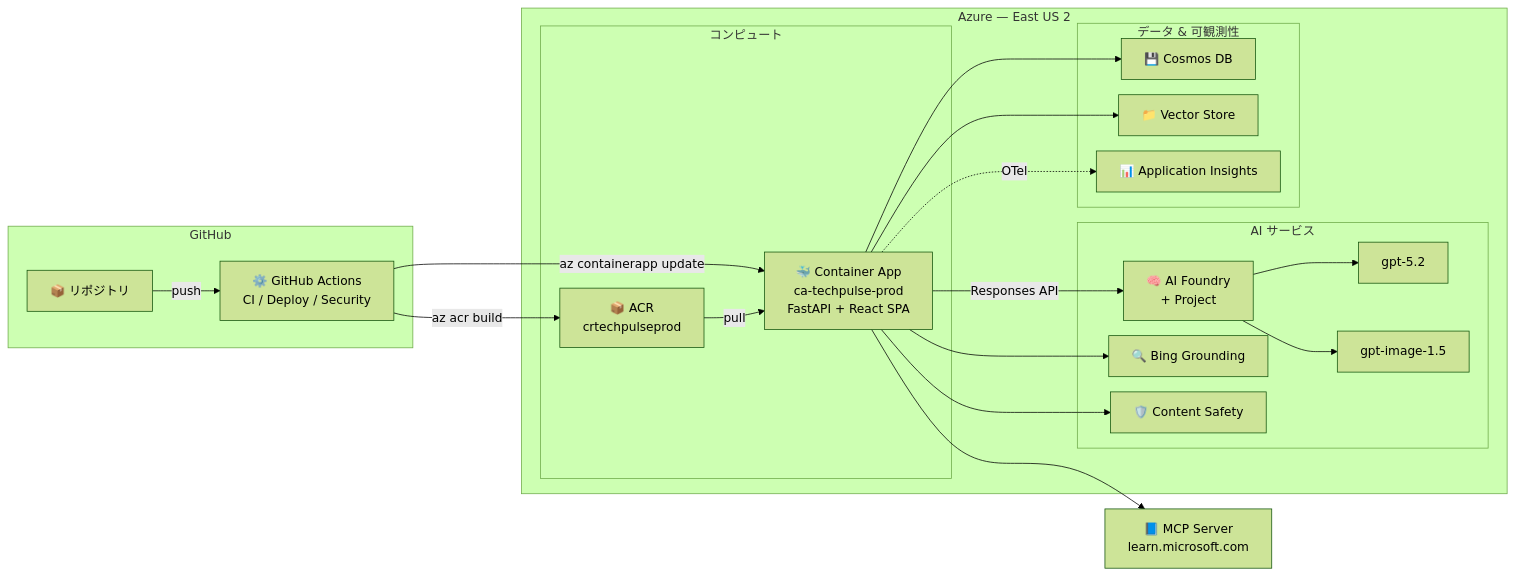
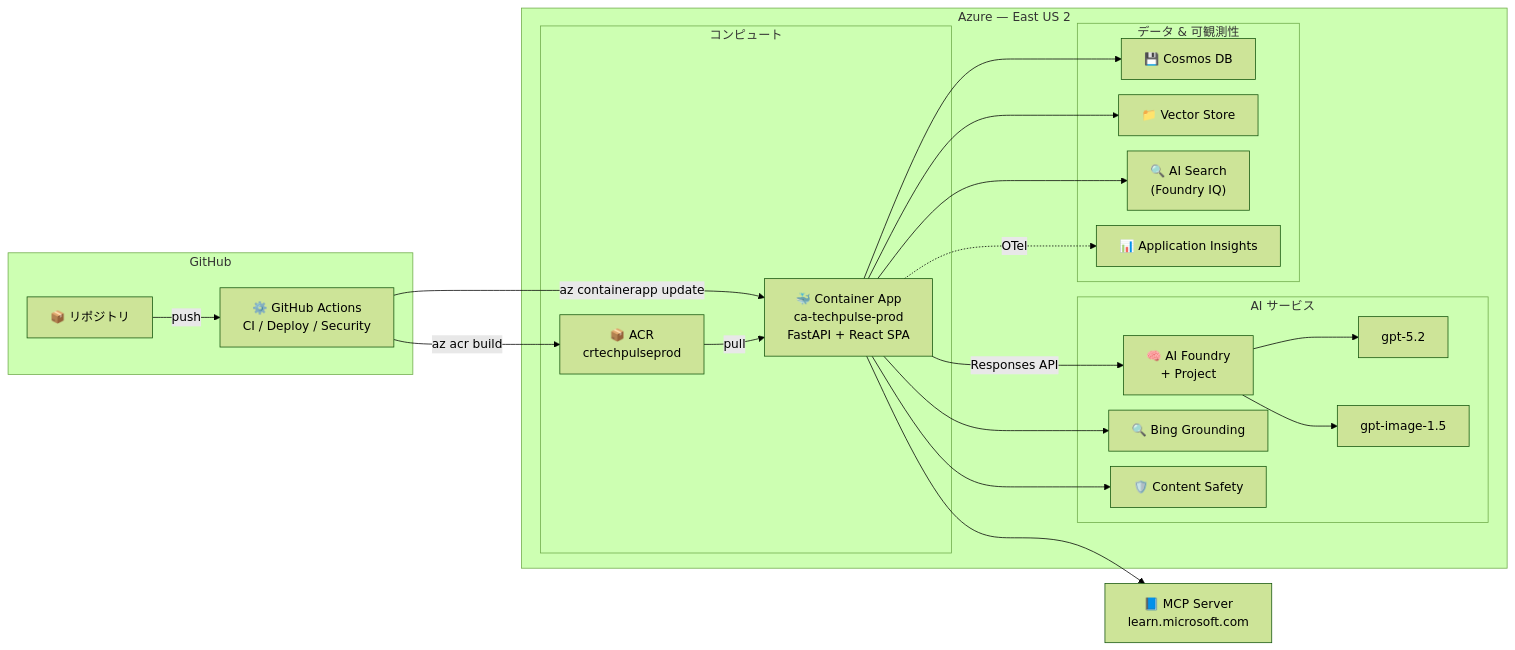
One commit to naoki1213mj/social-ai-studio changed the second of 2 diagrams in README.ja.md. Above: the diagram before and after it, drawn with Mermaid (forest theme). The commit also changed other lines of this file and 2 other files, not shown here.

Commit message:
docs: add Azure AI Search (Foundry IQ) to architecture diagrams and env vars
- ARCHITECTURE.md: add AI Search to Mermaid diagram, resource inventory, data flow, cost table
- README.md/README.ja.md: add AI Search to infra diagram, add AI_SEARCH_API_KEY/REASONING_EFFORT to env vars
- Update last-modified date to 2026-02-13

````diff
--- a/README.ja.md
+++ b/README.ja.md
@@ -91,41 +91,42 @@
 ```mermaid
 %%{init: {'flowchart': {'nodeSpacing': 20, 'rankSpacing': 50, 'curve': 'basis'}}}%%
 graph LR
     subgraph GitHub["GitHub"]
         Repo["📦 リポジトリ"]
         Actions["⚙️ GitHub Actions<br/>CI / Deploy / Security"]
     end
 
     subgraph Azure["Azure — East US 2"]
         subgraph Compute["コンピュート"]
             CA["🐳 Container App<br/>ca-techpulse-prod<br/>FastAPI + React SPA"]
             ACR["📦 ACR<br/>crtechpulseprod"]
         end
 
         subgraph AI["AI サービス"]
             Foundry["🧠 AI Foundry<br/>+ Project"]
             GPT52["gpt-5.2"]
             GPTImg["gpt-image-1.5"]
             Bing["🔍 Bing Grounding"]
             Safety["🛡️ Content Safety"]
         end
 
         subgraph Data["データ & 可観測性"]
             Cosmos["💾 Cosmos DB"]
             VS["📁 Vector Store"]
+            AISearch["🔍 AI Search<br/>(Foundry IQ)"]
             AppInsights["📊 Application Insights"]
         end
     end
 
     MCP["📘 MCP Server<br/>learn.microsoft.com"]
 
     Repo -->|push| Actions
     Actions -->|az acr build| ACR
     Actions -->|az containerapp update| CA
     ACR -->|pull| CA
     CA -->|Responses API| Foundry
     Foundry --> GPT52 & GPTImg
-    CA --> Bing & VS & Safety & Cosmos
+    CA --> Bing & VS & AISearch & Safety & Cosmos
     CA --> MCP
     CA -.->|OTel| AppInsights
 ```
````
